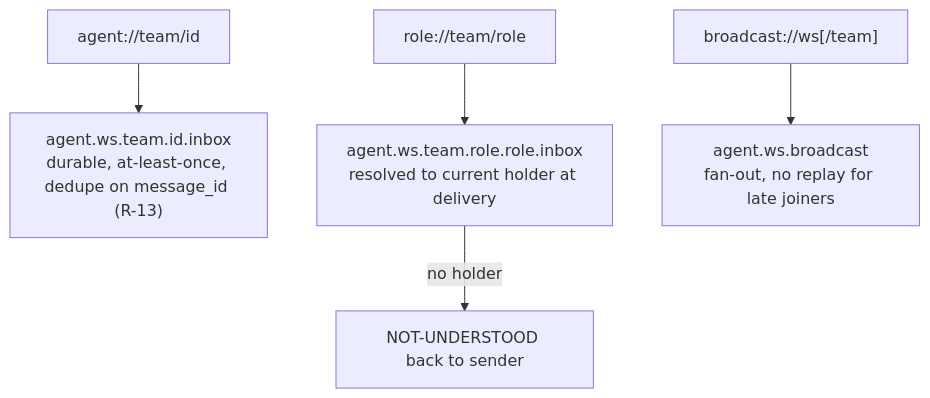
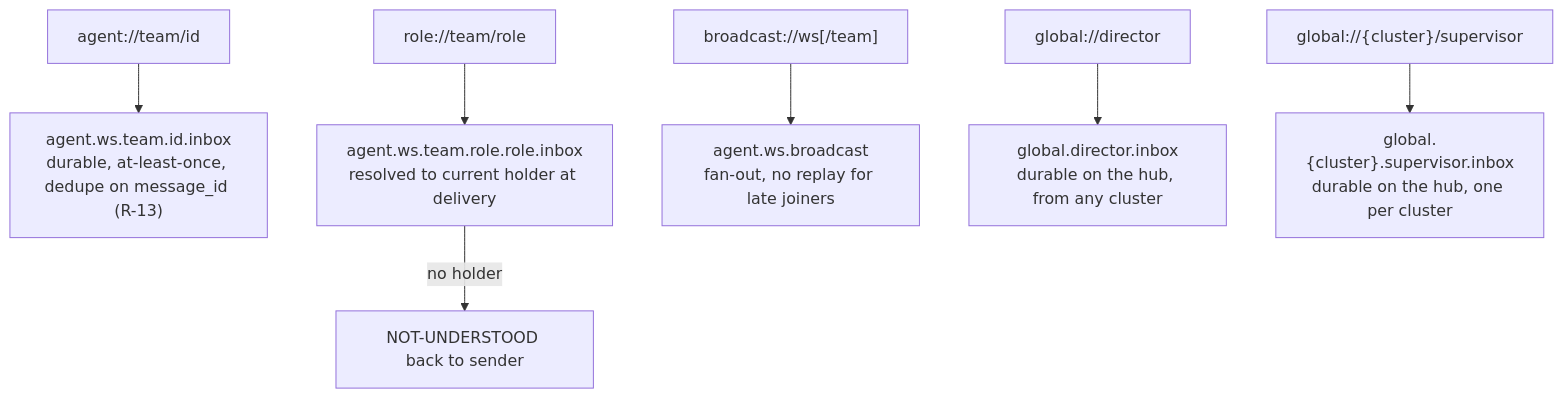
One commit to ArcavenAE/director changed the third of 11 diagrams in docs/architecture.md. Above: the diagram before and after it, drawn with Mermaid. The commit also changed other lines of this file and 4 other files, not shown here.

First line of the commit message:
docs(director): getting-started guide, shim reference, architecture and use cases for the two tiers and the marvel seam (#57)

````diff
--- a/docs/architecture.md
+++ b/docs/architecture.md
@@ -85,7 +102,9 @@
 ```mermaid
 flowchart TD
   A1["agent://team/id"] --> S1["agent.ws.team.id.inbox<br/>durable, at-least-once, dedupe on message_id (R-13)"]
   A2["role://team/role"] --> S2["agent.ws.team.role.role.inbox<br/>resolved to current holder at delivery"]
   A3["broadcast://ws[/team]"] --> S3["agent.ws.broadcast<br/>fan-out, no replay for late joiners"]
+  A4["global://director"] --> S4["global.director.inbox<br/>durable on the hub, from any cluster"]
+  A5["global://{cluster}/supervisor"] --> S5["global.{cluster}.supervisor.inbox<br/>durable on the hub, one per cluster"]
   S2 -->|"no holder"| NU["NOT-UNDERSTOOD back to sender"]
 ```
````
